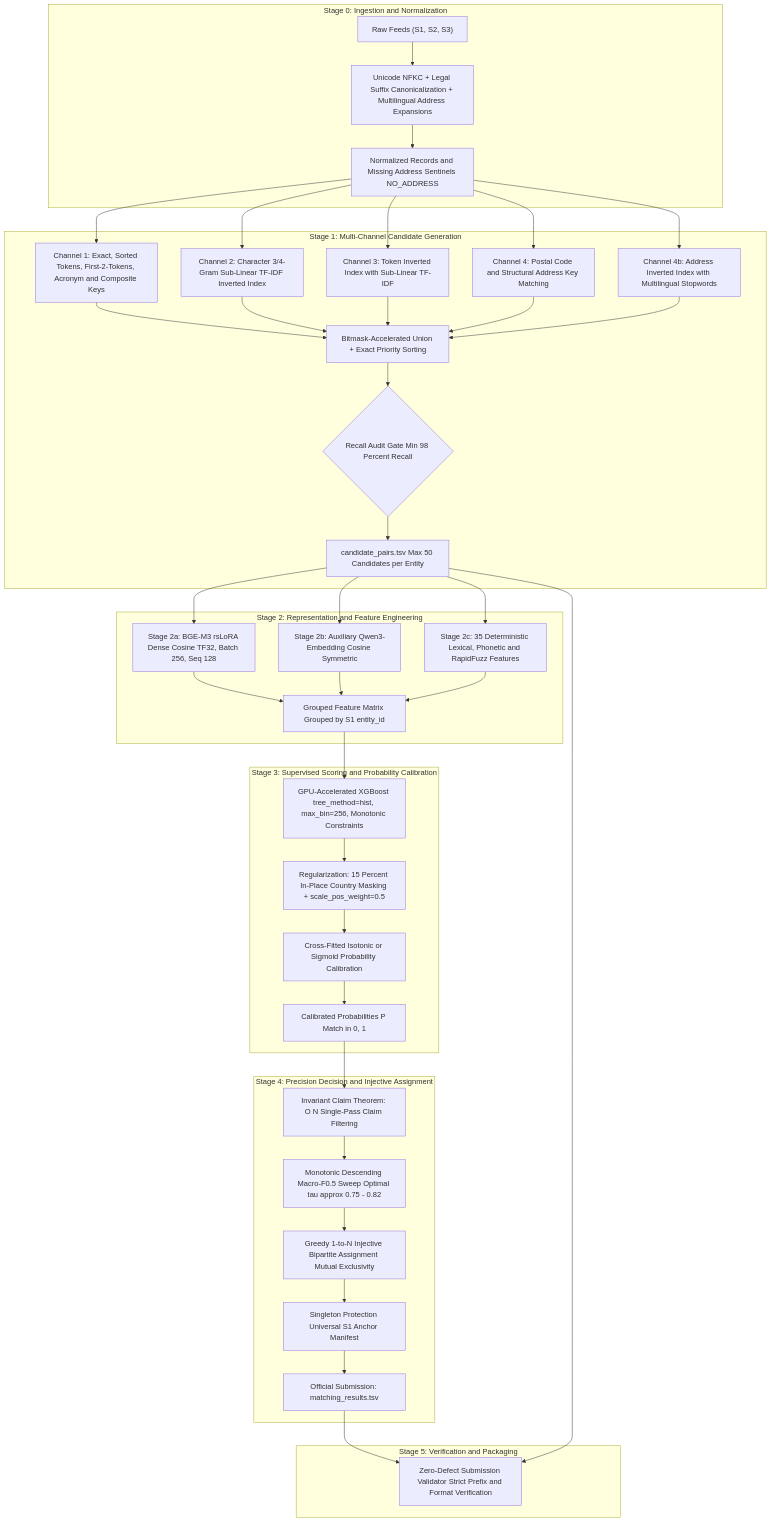
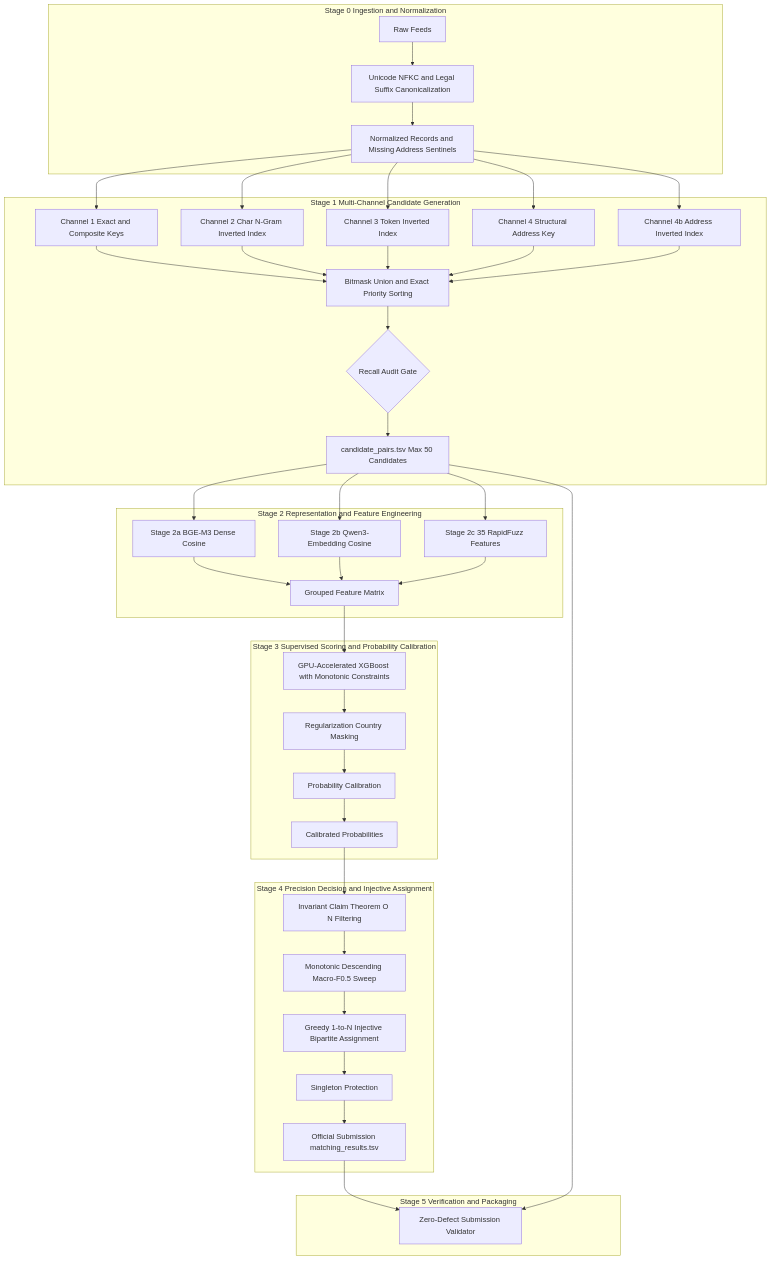
One commit to priyanshu-ogdev/AmazonMLChallenge2026 changed the diagram in Documentation.md. Above: the diagram before and after it, drawn with Mermaid.

Commit message:
docs: use absolute basic mermaid syntax to force github rendering

````diff
--- a/Documentation.md
+++ b/Documentation.md
@@ -14,44 +14,54 @@
 ```mermaid
 flowchart TD
-    subgraph S0 [Stage 0: Ingestion and Normalization]
-        R0["Raw Feeds (S1, S2, S3)"] --> N0["Unicode NFKC + Legal Suffix Canonicalization + Multilingual Address Expansions"]
-        N0 --> D0["Normalized Records and Missing Address Sentinels NO_ADDRESS"]
+    subgraph S0 [Stage 0 Ingestion and Normalization]
+        R0[Raw Feeds] --> N0[Unicode NFKC and Legal Suffix Canonicalization]
+        N0 --> D0[Normalized Records and Missing Address Sentinels]
     end
 
-    subgraph S1 [Stage 1: Multi-Channel Candidate Generation]
-        D0 --> B1["Channel 1: Exact, Sorted Tokens, First-2-Tokens, Acronym and Composite Keys"]
-        D0 --> B2["Channel 2: Character 3/4-Gram Sub-Linear TF-IDF Inverted Index"]
-        D0 --> B3["Channel 3: Token Inverted Index with Sub-Linear TF-IDF"]
-        D0 --> B4["Channel 4: Postal Code and Structural Address Key Matching"]
-        D0 --> B4b["Channel 4b: Address Inverted Index with Multilingual Stopwords"]
-        B1 & B2 & B3 & B4 & B4b --> U1["Bitmask-Accelerated Union + Exact Priority Sorting"]
-        U1 --> G1{"Recall Audit Gate Min 98 Percent Recall"}
-        G1 --> CP_TSV["candidate_pairs.tsv Max 50 Candidates per Entity"]
+    subgraph S1 [Stage 1 Multi-Channel Candidate Generation]
+        D0 --> B1[Channel 1 Exact and Composite Keys]
+        D0 --> B2[Channel 2 Char N-Gram Inverted Index]
+        D0 --> B3[Channel 3 Token Inverted Index]
+        D0 --> B4[Channel 4 Structural Address Key]
+        D0 --> B4b[Channel 4b Address Inverted Index]
+        
+        B1 --> U1[Bitmask Union and Exact Priority Sorting]
+        B2 --> U1
+        B3 --> U1
+        B4 --> U1
+        B4b --> U1
+        
+        U1 --> G1{Recall Audit Gate}
+        G1 --> CP_TSV[candidate_pairs.tsv Max 50 Candidates]
     end
 
-    subgraph S2 [Stage 2: Representation and Feature Engineering]
-        CP_TSV --> F1["Stage 2a: BGE-M3 rsLoRA Dense Cosine TF32, Batch 256, Seq 128"]
-        CP_TSV --> F2["Stage 2b: Auxiliary Qwen3-Embedding Cosine Symmetric"]
-        CP_TSV --> F3["Stage 2c: 35 Deterministic Lexical, Phonetic and RapidFuzz Features"]
-        F1 & F2 & F3 --> M2["Grouped Feature Matrix Grouped by S1 entity_id"]
+    subgraph S2 [Stage 2 Representation and Feature Engineering]
+        CP_TSV --> F1[Stage 2a BGE-M3 Dense Cosine]
+        CP_TSV --> F2[Stage 2b Qwen3-Embedding Cosine]
+        CP_TSV --> F3[Stage 2c 35 RapidFuzz Features]
+        
+        F1 --> M2[Grouped Feature Matrix]
+        F2 --> M2
+        F3 --> M2
     end
 
-    subgraph S3 [Stage 3: Supervised Scoring and Probability Calibration]
-        M2 --> G3["GPU-Accelerated XGBoost tree_method=hist, max_bin=256, Monotonic Constraints"]
-        G3 --> REG["Regularization: 15 Percent In-Place Country Masking + scale_pos_weight=0.5"]
-        REG --> CALIB["Cross-Fitted Isotonic or Sigmoid Probability Calibration"]
-        CALIB --> P3["Calibrated Probabilities P Match in 0, 1"]
+    subgraph S3 [Stage 3 Supervised Scoring and Probability Calibration]
+        M2 --> G3[GPU-Accelerated XGBoost with Monotonic Constraints]
+        G3 --> REG[Regularization Country Masking]
+        REG --> CALIB[Probability Calibration]
+        CALIB --> P3[Calibrated Probabilities]
     end
 
-    subgraph S4 [Stage 4: Precision Decision and Injective Assignment]
-        P3 --> ICT["Invariant Claim Theorem: O N Single-Pass Claim Filtering"]
-        ICT --> SWEEP["Monotonic Descending Macro-F0.5 Sweep Optimal tau approx 0.75 - 0.82"]
-        SWEEP --> INJ["Greedy 1-to-N Injective Bipartite Assignment Mutual Exclusivity"]
-        INJ --> S4_OUT["Singleton Protection Universal S1 Anchor Manifest"]
-        S4_OUT --> O4["Official Submission: matching_results.tsv"]
+    subgraph S4 [Stage 4 Precision Decision and Injective Assignment]
+        P3 --> ICT[Invariant Claim Theorem O N Filtering]
+        ICT --> SWEEP[Monotonic Descending Macro-F0.5 Sweep]
+        SWEEP --> INJ[Greedy 1-to-N Injective Bipartite Assignment]
+        INJ --> S4_OUT[Singleton Protection]
+        S4_OUT --> O4[Official Submission matching_results.tsv]
     end
 
-    subgraph S5 [Stage 5: Verification and Packaging]
-        O4 & CP_TSV --> VAL["Zero-Defect Submission Validator Strict Prefix and Format Verification"]
+    subgraph S5 [Stage 5 Verification and Packaging]
+        O4 --> VAL[Zero-Defect Submission Validator]
+        CP_TSV --> VAL
     end
 ```
````
